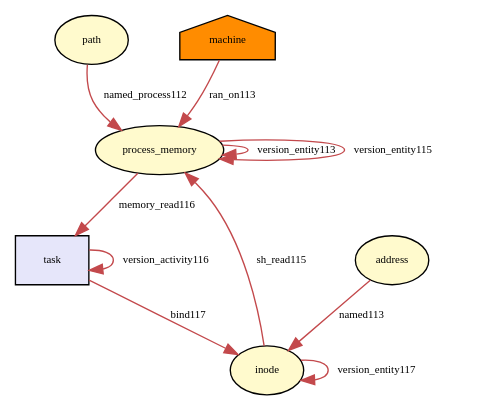
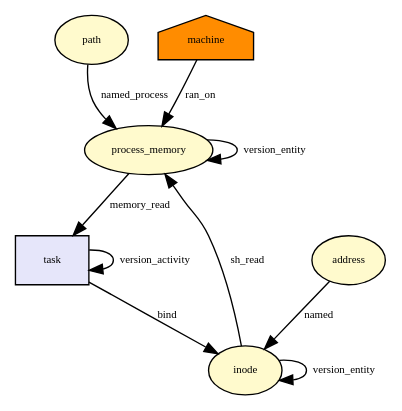
One commit to TinkerBellSystem/graph-matching changed the diagram in tmp/provenance_socket_bind.dot. Above: the diagram before and after it, drawn with Graphviz. The commit also changed 64 other files, not shown here.

Commit message:
simply graph

```diff
--- a/tmp/provenance_socket_bind.dot
+++ b/tmp/provenance_socket_bind.dot
@@ -1,33 +1,31 @@
 digraph RGL__DirectedAdjacencyGraph {path[fontsize = 8,label = "path",shape = ellipse, fillcolor="#fffacd", style = filled]
 
 process_memory[fontsize = 8,label = "process_memory",shape = ellipse, fillcolor="#fffacd", style = filled]
 
-path -> process_memory[fontsize = 8,label = "named_process112", color="#c3494c"]
+path -> process_memory[fontsize = 8,label = "named_process", color="#000000"]
 
-process_memory -> process_memory[fontsize = 8,label = "version_entity113", color="#c3494c"]
+process_memory -> process_memory[fontsize = 8,label = "version_entity", color="#000000"]
 
 machine[fontsize = 8,label = "machine",shape = house, fillcolor="#ff8c00", style = filled]
 
-machine -> process_memory[fontsize = 8,label = "ran_on113", color="#c3494c"]
+machine -> process_memory[fontsize = 8,label = "ran_on", color="#000000"]
 
 address[fontsize = 8,label = "address",shape = ellipse, fillcolor="#fffacd", style = filled]
 
 inode[fontsize = 8,label = "inode",shape = ellipse, fillcolor="#fffacd", style = filled]
 
-address -> inode[fontsize = 8,label = "named113", color="#c3494c"]
+address -> inode[fontsize = 8,label = "named", color="#000000"]
 
-process_memory -> process_memory[fontsize = 8,label = "version_entity115", color="#c3494c"]
-
-inode -> process_memory[fontsize = 8,label = "sh_read115", color="#c3494c"]
+inode -> process_memory[fontsize = 8,label = "sh_read", color="#000000"]
 
 task[fontsize = 8,label = "task",shape = rectangle, fillcolor="#e6e6fa", style = filled]
 
-task -> task[fontsize = 8,label = "version_activity116", color="#c3494c"]
+task -> task[fontsize = 8,label = "version_activity", color="#000000"]
 
-process_memory -> task[fontsize = 8,label = "memory_read116", color="#c3494c"]
+process_memory -> task[fontsize = 8,label = "memory_read", color="#000000"]
 
-inode -> inode[fontsize = 8,label = "version_entity117", color="#c3494c"]
+inode -> inode[fontsize = 8,label = "version_entity", color="#000000"]
 
-task -> inode[fontsize = 8,label = "bind117", color="#c3494c"]
+task -> inode[fontsize = 8,label = "bind", color="#000000"]
 
 }
```
